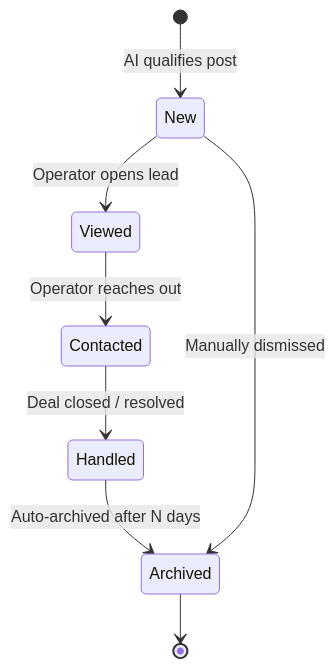
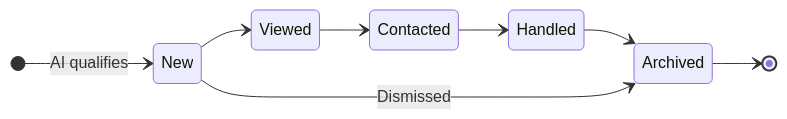
One commit to Adir1123/family_lawyer_scraper changed the second of 2 diagrams in README.md. Above: the diagram before and after it, drawn with Mermaid.

Commit message:
docs: make lead lifecycle diagram more compact

````diff
--- a/README.md
+++ b/README.md
@@ -51,11 +51,11 @@
 ```mermaid
 stateDiagram-v2
-    [*] --> New: AI qualifies post
-    New --> Viewed: Operator opens lead
-    Viewed --> Contacted: Operator reaches out
-    Contacted --> Handled: Deal closed / resolved
-    Handled --> Archived: Auto-archived after N days
+    direction LR
+    [*] --> New: AI qualifies
+    New --> Viewed
+    Viewed --> Contacted
+    Contacted --> Handled
+    Handled --> Archived
     Archived --> [*]
-
-    New --> Archived: Manually dismissed
+    New --> Archived: Dismissed
 ```
````
